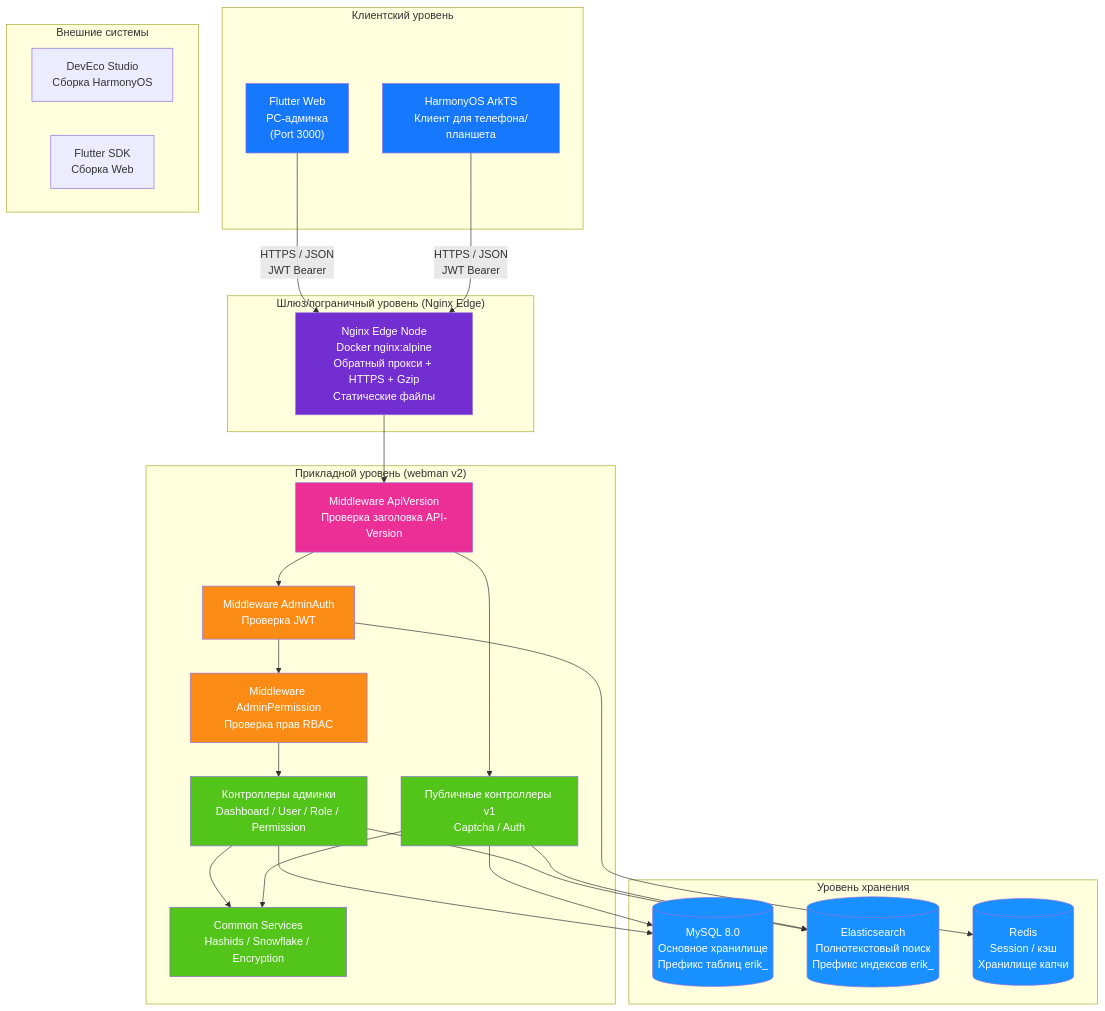
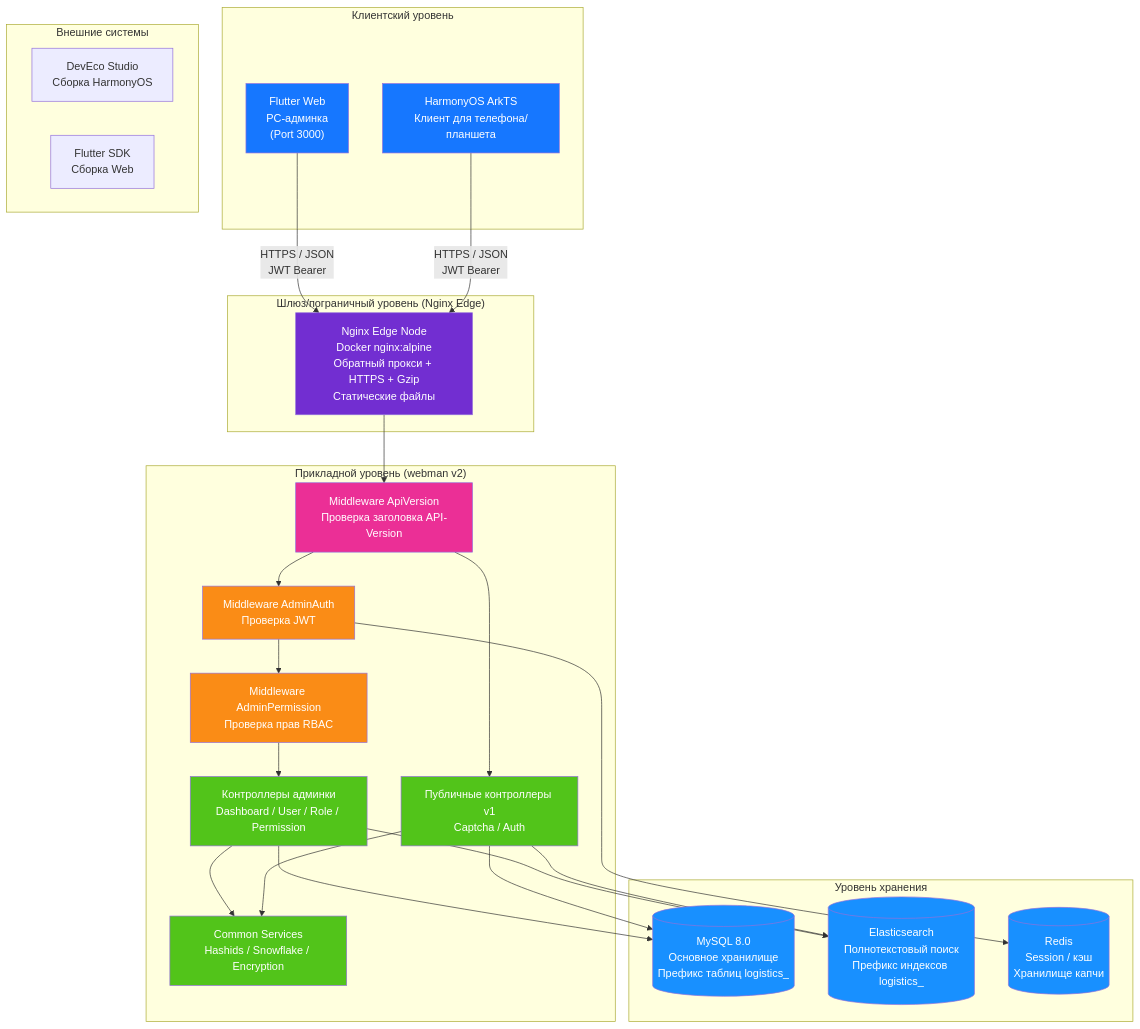
Before and after one commit to erikwang2013/integrated-global-logistics: the first of 14 diagrams in admin/docs/ARCHITECTURE.ru.md, drawn with Mermaid. The commit also changed other lines of this file and 211 other files, not shown here.

````diff
--- a/admin/docs/ARCHITECTURE.ru.md
+++ b/admin/docs/ARCHITECTURE.ru.md
@@ -13,59 +13,59 @@
 ```mermaid
 flowchart TB
     subgraph "Клиентский уровень"
         A1["Flutter Web<br/>PC-админка<br/>(Port 3000)"]
         A2["HarmonyOS ArkTS<br/>Клиент для телефона/планшета"]
     end
 
     subgraph "Шлюз/пограничный уровень (Nginx Edge)"
         B1["Nginx Edge Node<br/>Docker nginx:alpine<br/>Обратный прокси + HTTPS + Gzip<br/>Статические файлы"]
     end
 
     subgraph "Прикладной уровень (webman v2)"
         C0["Middleware ApiVersion<br/>Проверка заголовка API-Version"]
         C1["Middleware AdminAuth<br/>Проверка JWT"]
         C2["Middleware AdminPermission<br/>Проверка прав RBAC"]
         C3["Контроллеры админки<br/>Dashboard / User / Role / Permission"]
         C4["Публичные контроллеры v1<br/>Captcha / Auth"]
         C5["Common Services<br/>Hashids / Snowflake / Encryption"]
     end
 
     subgraph "Уровень хранения"
-        D1[("MySQL 8.0<br/>Основное хранилище<br/>Префикс таблиц erik_")]
-        D2[("Elasticsearch<br/>Полнотекстовый поиск<br/>Префикс индексов erik_")]
+        D1[("MySQL 8.0<br/>Основное хранилище<br/>Префикс таблиц logistics_")]
+        D2[("Elasticsearch<br/>Полнотекстовый поиск<br/>Префикс индексов logistics_")]
         D3[("Redis<br/>Session / кэш<br/>Хранилище капчи")]
     end
 
     subgraph "Внешние системы"
         E1["DevEco Studio<br/>Сборка HarmonyOS"]
         E2["Flutter SDK<br/>Сборка Web"]
     end
 
     A1 -->|"HTTPS / JSON<br/>JWT Bearer"| B1
     A2 -->|"HTTPS / JSON<br/>JWT Bearer"| B1
     B1 --> C0
     C0 --> C1
     C1 --> C2
     C2 --> C3
     C0 --> C4
     C3 --> C5
     C4 --> C5
     C3 --> D1
     C4 --> D1
     C3 --> D2
     C4 --> D2
     C1 --> D3
 
     style A1 fill:#1677FF,color:#fff
     style A2 fill:#1677FF,color:#fff
     style B1 fill:#722ED1,color:#fff
     style C0 fill:#EB2F96,color:#fff
     style C1 fill:#FA8C16,color:#fff
     style C2 fill:#FA8C16,color:#fff
     style C3 fill:#52C41A,color:#fff
     style C4 fill:#52C41A,color:#fff
     style C5 fill:#52C41A,color:#fff
     style D1 fill:#1890FF,color:#fff
     style D2 fill:#1890FF,color:#fff
     style D3 fill:#1890FF,color:#fff
 ```
````
